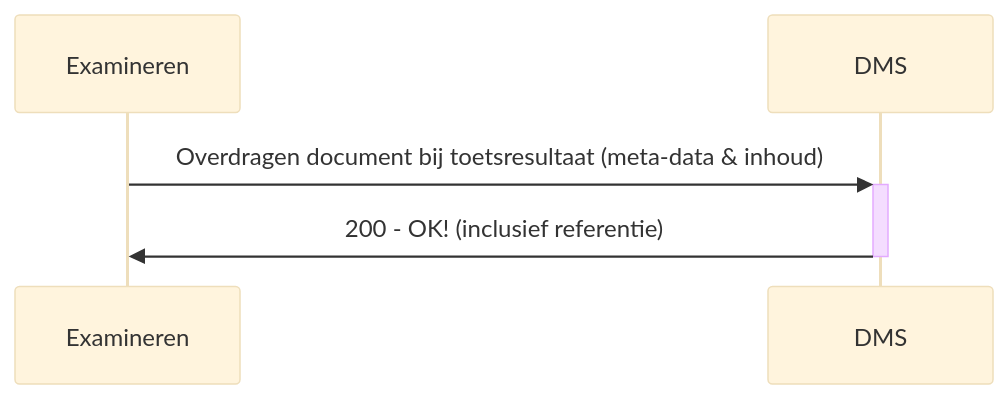
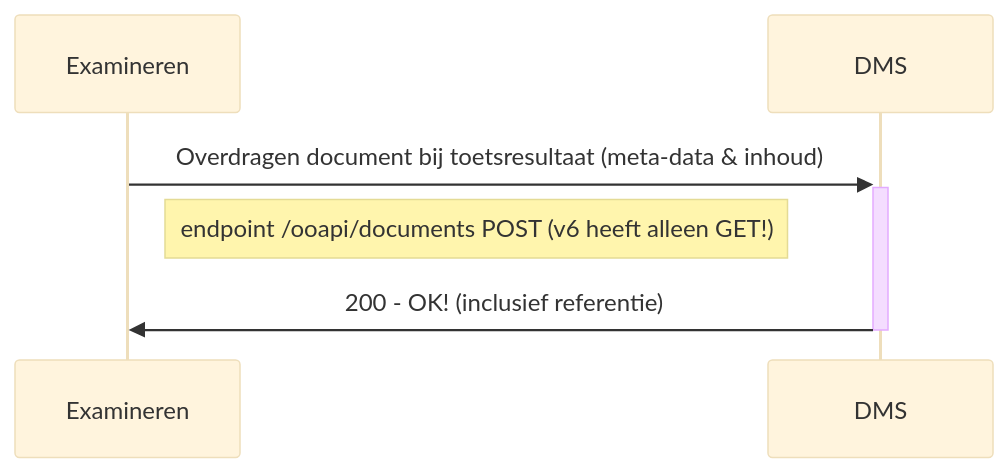
Before and after one commit to Onderwijs-Koppelingen-OKx/OKD-Document-Management: the first of 2 diagrams in doc/flow-2.md, drawn with Mermaid (base theme). The commit also changed other lines of this file, not shown here.

````diff
--- a/doc/flow-2.md
+++ b/doc/flow-2.md
@@ -6,8 +6,9 @@
 ```mermaid
 sequenceDiagram
     Participant Examineren
     Participant DMS
 
     Examineren->>+DMS: Overdragen document bij toetsresultaat (meta-data & inhoud)
+    Note right of Examineren: endpoint /ooapi/documents POST (v6 heeft alleen GET!)
     DMS->>-Examineren: 200 - OK! (inclusief referentie)
 ```
````
